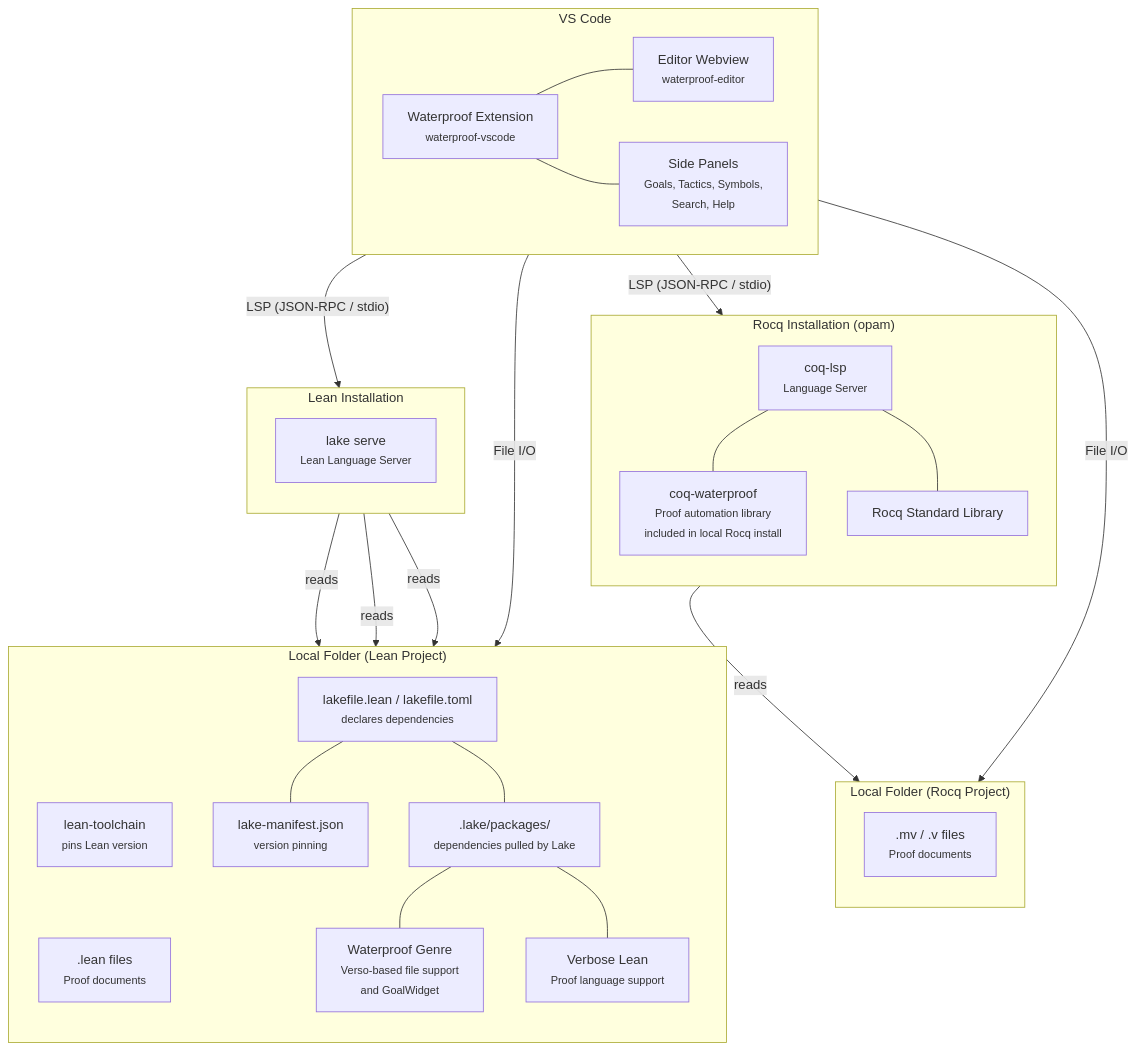
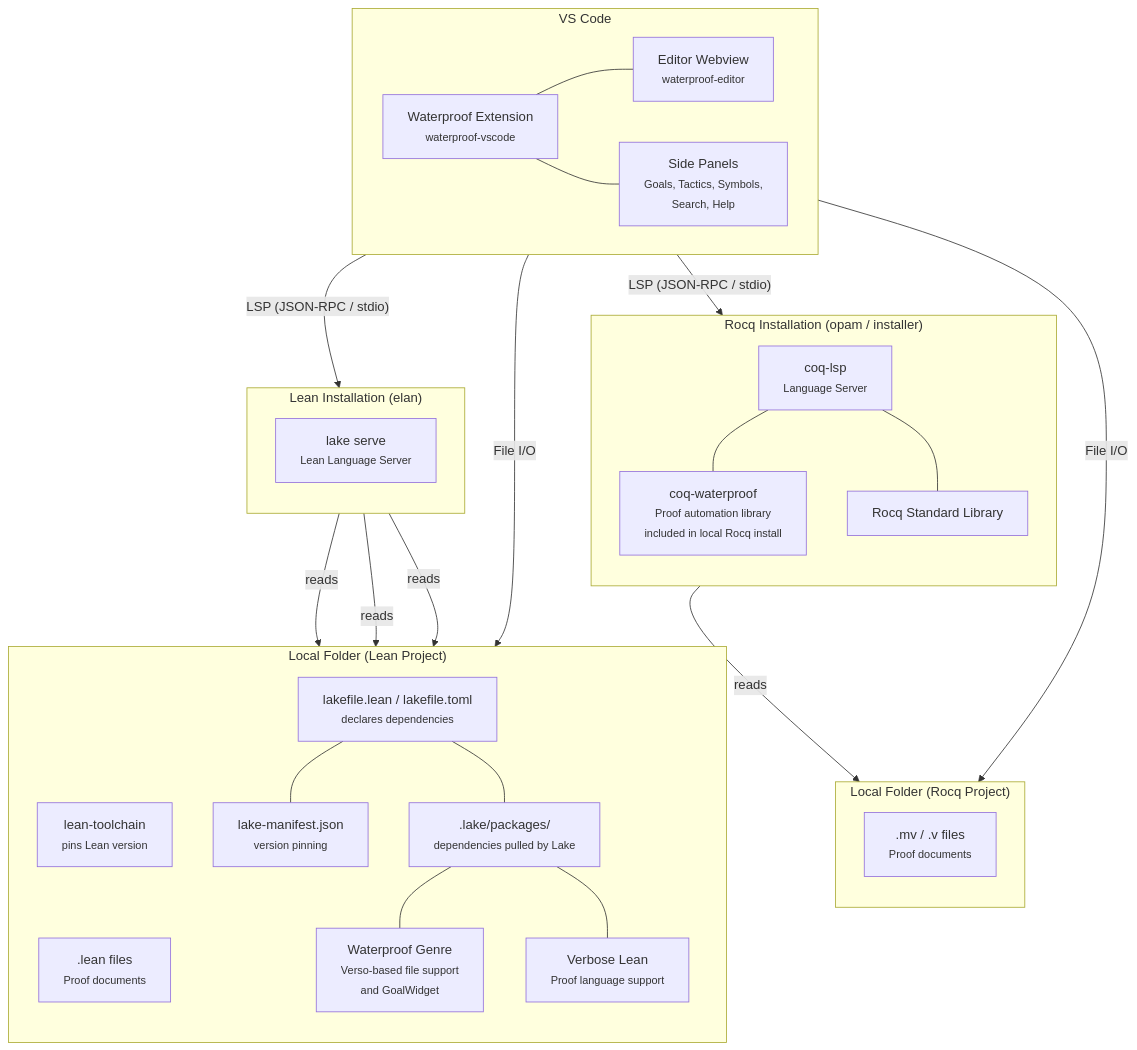
One commit to impermeable/waterproof-vscode changed the second of 2 diagrams in developer-resources/architecture.md. Above: the diagram before and after it, drawn with Mermaid. The commit also changed other lines of this file, not shown here.

````diff
--- a/developer-resources/architecture.md
+++ b/developer-resources/architecture.md
@@ -94,64 +94,64 @@
 ```mermaid
 graph TB
     subgraph "VS Code"
         direction LR
         WP_EXT["Waterproof Extension<br/><small>waterproof-vscode</small>"]
         EDITOR_WV["Editor Webview<br/><small>waterproof-editor</small>"]
         SIDE_PANELS["Side Panels<br/><small>Goals, Tactics, Symbols,<br/>Search, Help</small>"]
 
         WP_EXT --- EDITOR_WV
         WP_EXT --- SIDE_PANELS
     end
 
-    subgraph "Rocq Installation (opam)"
+    subgraph "Rocq Installation (opam / installer)"
         direction TB
         COQ_LSP["coq-lsp<br/><small>Language Server</small>"]
         COQ_WP["coq-waterproof<br/><small>Proof automation library<br/>included in local Rocq install</small>"]
         COQ_STDLIB["Rocq Standard Library"]
 
         COQ_LSP --- COQ_WP
         COQ_LSP --- COQ_STDLIB
     end
 
-    subgraph "Lean Installation"
+    subgraph "Lean Installation (elan)"
         direction TB
         LEAN_LSP["lake serve<br/><small>Lean Language Server</small>"]
     end
 
     subgraph "Local Folder (Rocq Project)"
         direction TB
         MV_FILES[".mv / .v files<br/><small>Proof documents</small>"]
     end
 
     subgraph "Local Folder (Lean Project)"
         direction TB
         LEAN_FILES[".lean files<br/><small>Proof documents</small>"]
         LAKE_CFG["lakefile.lean / lakefile.toml<br/><small>declares dependencies</small>"]
         LAKE_MANIFEST["lake-manifest.json<br/><small>version pinning</small>"]
         LAKE_PKGS[".lake/packages/<br/><small>dependencies pulled by Lake</small>"]
         WP_GENRE["Waterproof Genre<br/><small>Verso-based file support<br/>and GoalWidget</small>"]
         VERBOSE_LEAN["Verbose Lean<br/><small>Proof language support</small>"]
 
         LEAN_TOOLCHAIN["lean-toolchain<br/><small>pins Lean version</small>"]
 
         LAKE_CFG --- LAKE_PKGS
         LAKE_CFG --- LAKE_MANIFEST
         LAKE_PKGS --- WP_GENRE
         LAKE_PKGS --- VERBOSE_LEAN
     end
 
     WP_EXT -- "LSP (JSON-RPC / stdio)" --> COQ_LSP
     WP_EXT -- "LSP (JSON-RPC / stdio)" --> LEAN_LSP
     COQ_LSP -- "reads" --> MV_FILES
     LEAN_LSP -- "reads" --> LEAN_FILES
     LEAN_LSP -- "reads" --> LAKE_CFG
     LEAN_LSP -- "reads" --> LEAN_TOOLCHAIN
     WP_EXT -- "File I/O" --> MV_FILES
     WP_EXT -- "File I/O" --> LEAN_FILES
 
     %% Force vertical layout: VS Code above installations, installations above local folders
     EDITOR_WV ~~~ COQ_LSP
     SIDE_PANELS ~~~ LEAN_LSP
     COQ_WP ~~~ MV_FILES
     LEAN_TOOLCHAIN ~~~ LEAN_FILES
 ```
````
